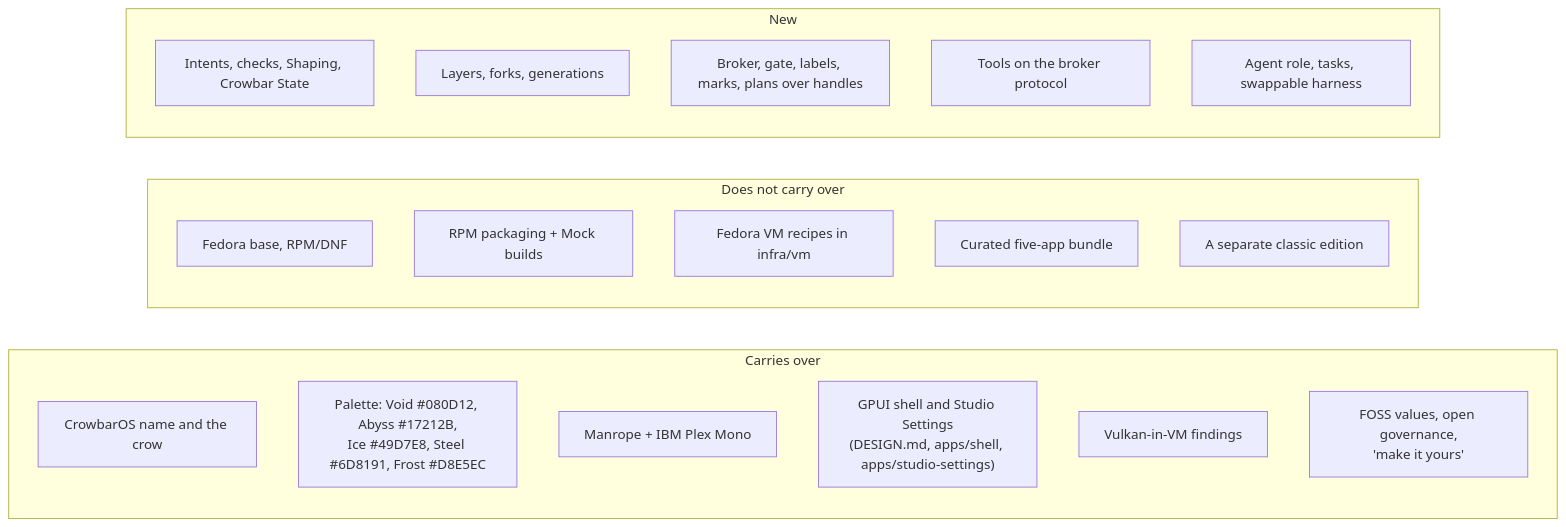
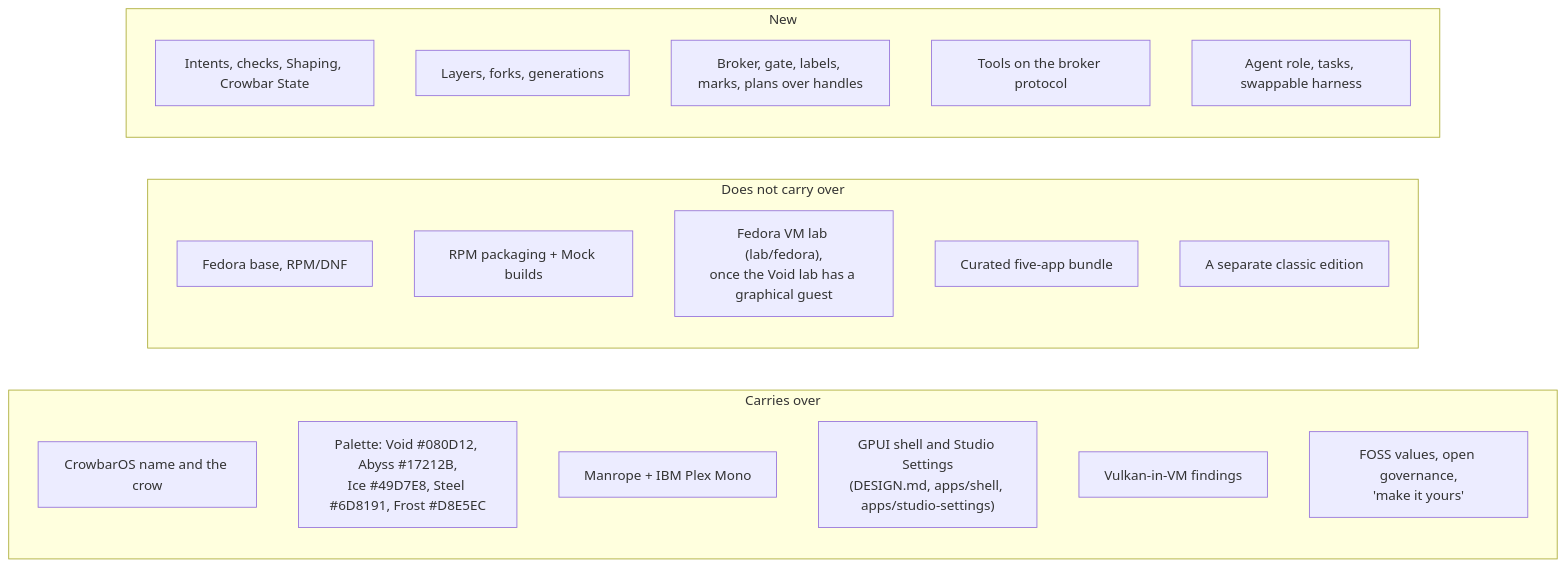
Before and after one commit to crowbaros/crowbaros: the fourth of 5 diagrams in docs/VISION.md, drawn with Mermaid. The commit also changed other lines of this file and 18 other files, not shown here.

````diff
--- a/docs/VISION.md
+++ b/docs/VISION.md
@@ -592,25 +593,25 @@
 ```mermaid
 flowchart LR
     subgraph KEEP["Carries over"]
         k1[CrowbarOS name and the crow]
         k2["Palette: Void #080D12, Abyss #17212B,<br/>Ice #49D7E8, Steel #6D8191, Frost #D8E5EC"]
         k3[Manrope + IBM Plex Mono]
         k4["GPUI shell and Studio Settings<br/>(DESIGN.md, apps/shell, apps/studio-settings)"]
         k5[Vulkan-in-VM findings]
         k6[FOSS values, open governance,<br/>'make it yours']
     end
     subgraph DROP["Does not carry over"]
         d1[Fedora base, RPM/DNF]
         d2[RPM packaging + Mock builds]
-        d3[Fedora VM recipes in infra/vm]
+        d3["Fedora VM lab (lab/fedora),<br/>once the Void lab has a graphical guest"]
         d4[Curated five-app bundle]
         d5[A separate classic edition]
     end
     subgraph NEWX["New"]
         n1[Intents, checks, Shaping, Crowbar State]
         n2[Layers, forks, generations]
         n3[Broker, gate, labels, marks, plans over handles]
         n4[Tools on the broker protocol]
         n5[Agent role, tasks, swappable harness]
     end
 ```
````
